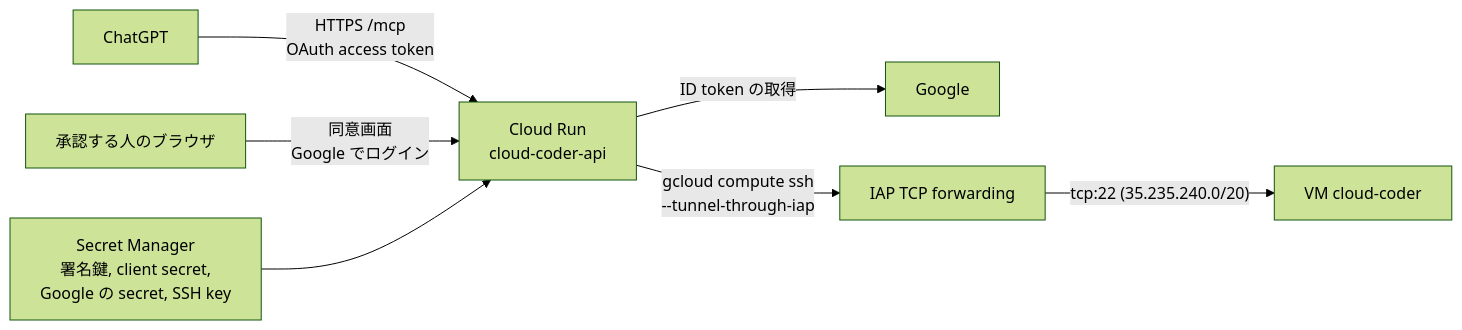
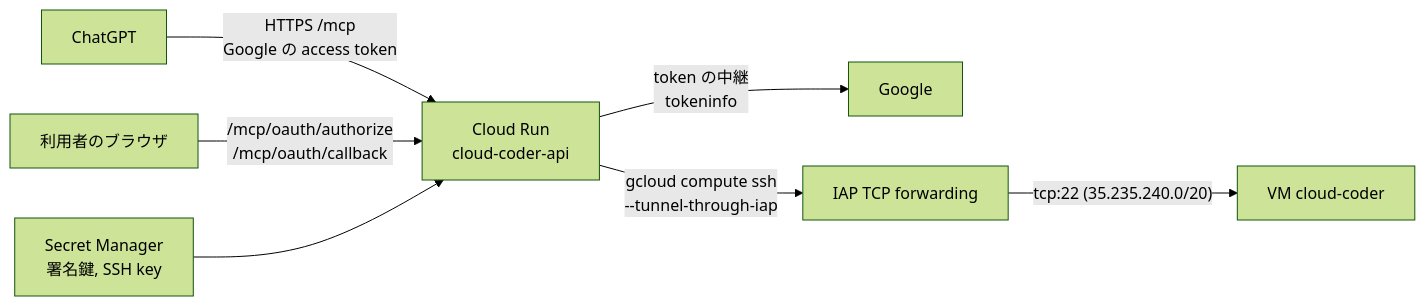
Before and after one commit to TTRSQ/cloud-coder: the diagram in infra/README.md, drawn with Mermaid (forest theme). The commit also changed other lines of this file and 10 other files, not shown here.

First line of the commit message:
Relay /mcp OAuth to Google, as Trillion OS does

````diff
--- a/infra/README.md
+++ b/infra/README.md
@@ -5,9 +5,9 @@
 ```mermaid
 flowchart LR
-  client[ChatGPT] -- "HTTPS /mcp<br>OAuth access token" --> run[Cloud Run<br>cloud-coder-api]
-  user[承認する人のブラウザ] -- "同意画面<br>Google でログイン" --> run
-  run -- "ID token の取得" --> google[Google]
+  client[ChatGPT] -- "HTTPS /mcp<br>Google の access token" --> run[Cloud Run<br>cloud-coder-api]
+  user[利用者のブラウザ] -- "/mcp/oauth/authorize<br>/mcp/oauth/callback" --> run
+  run -- "token の中継<br>tokeninfo" --> google[Google]
   run -- "gcloud compute ssh<br>--tunnel-through-iap" --> iap[IAP TCP forwarding]
   iap -- "tcp:22 (35.235.240.0/20)" --> vm[VM cloud-coder]
-  sm[Secret Manager<br>署名鍵, client secret,<br>Google の secret, SSH key] --> run
+  sm[Secret Manager<br>署名鍵, SSH key] --> run
 ```
````
